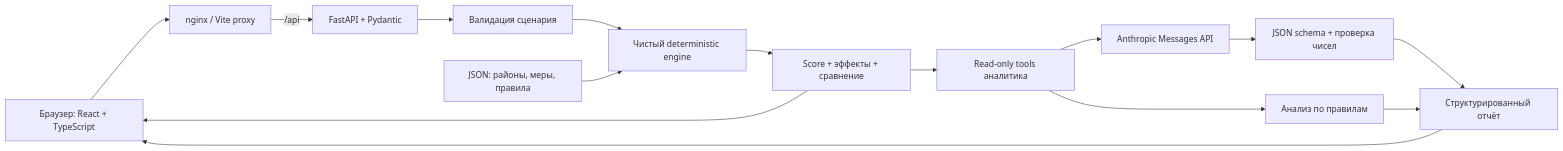
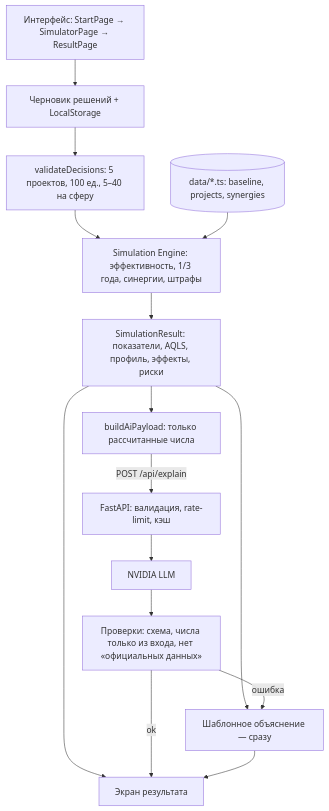
One commit to BAITC-Hacks/hack-e9acc52d-bezdarez changed the diagram in README.md. Above: the diagram before and after it, drawn with Mermaid. The commit also changed other lines of this file and 10 other files, not shown here.

````diff
--- a/README.md
+++ b/README.md
@@ -36,17 +35,17 @@
 ```mermaid
-flowchart LR
-    U[Браузер: React + TypeScript] --> N[nginx / Vite proxy]
-    N -->|/api| A[FastAPI + Pydantic]
-    A --> V[Валидация сценария]
-    V --> E[Чистый deterministic engine]
-    D[JSON: районы, меры, правила] --> E
-    E --> S[Score + эффекты + сравнение]
-    S --> U
-    S --> T[Read-only tools аналитика]
-    T --> L[Anthropic Messages API]
-    L --> G[JSON schema + проверка чисел]
-    G --> R[Структурированный отчёт]
-    T --> F[Анализ по правилам]
-    F --> R
-    R --> U
+flowchart TD
+    UI[Интерфейс: StartPage → SimulatorPage → ResultPage] --> S[Черновик решений + LocalStorage]
+    S --> V[validateDecisions: 5 проектов, 100 ед., 5–40 на сферу]
+    V --> E[Simulation Engine: эффективность, 1/3 года, синергии, штрафы]
+    D[(data/*.ts: baseline, projects, synergies)] --> E
+    E --> R[SimulationResult: показатели, AQLS, профиль, эффекты, риски]
+    R --> UI2[Экран результата]
+    R --> F[Шаблонное объяснение — сразу]
+    R --> P[buildAiPayload: только рассчитанные числа]
+    P -->|POST /api/explain| API[FastAPI: валидация, rate-limit, кэш]
+    API --> LLM[NVIDIA LLM]
+    LLM --> G[Проверки: схема, числа только из входа, нет «официальных данных»]
+    G -->|ok| UI2
+    G -->|ошибка| F
+    F --> UI2
 ```
````
